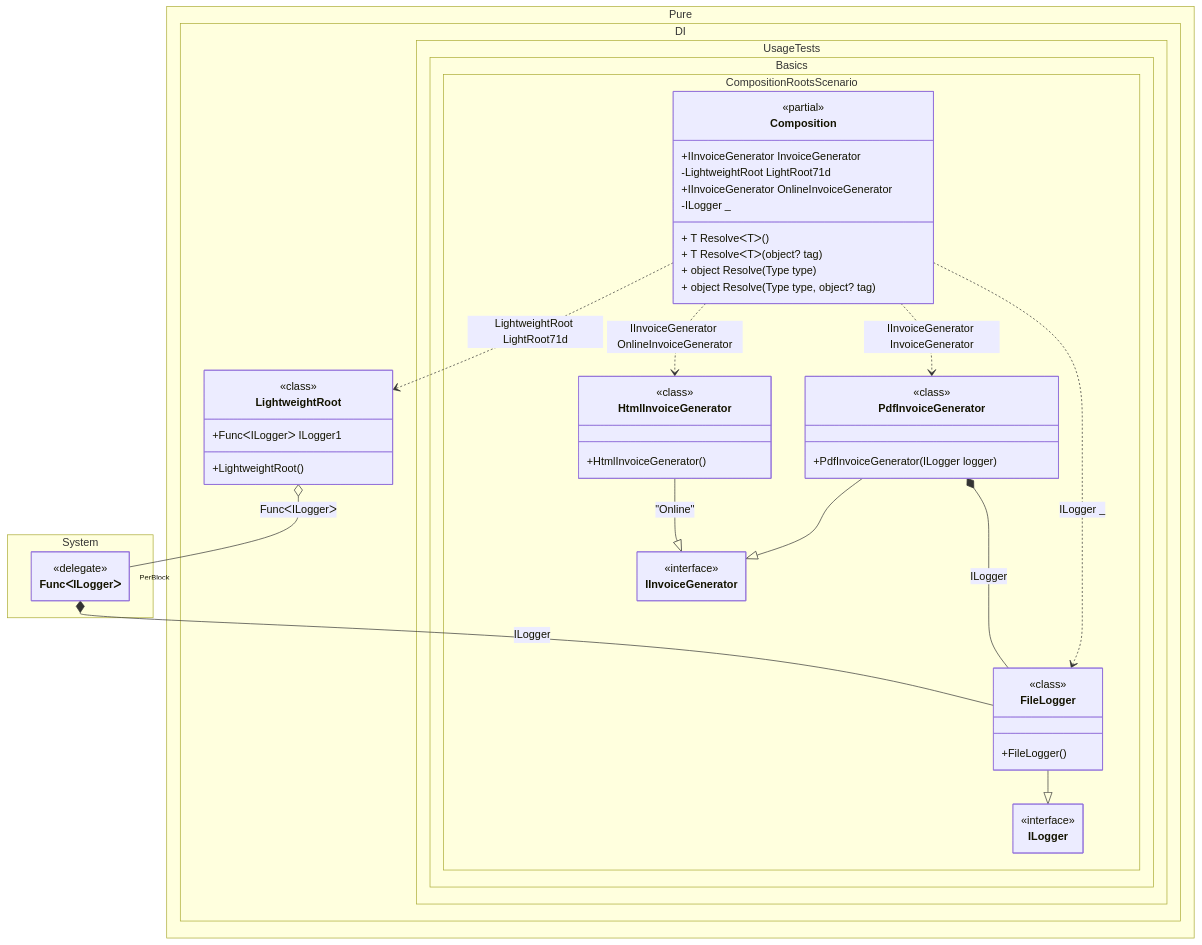
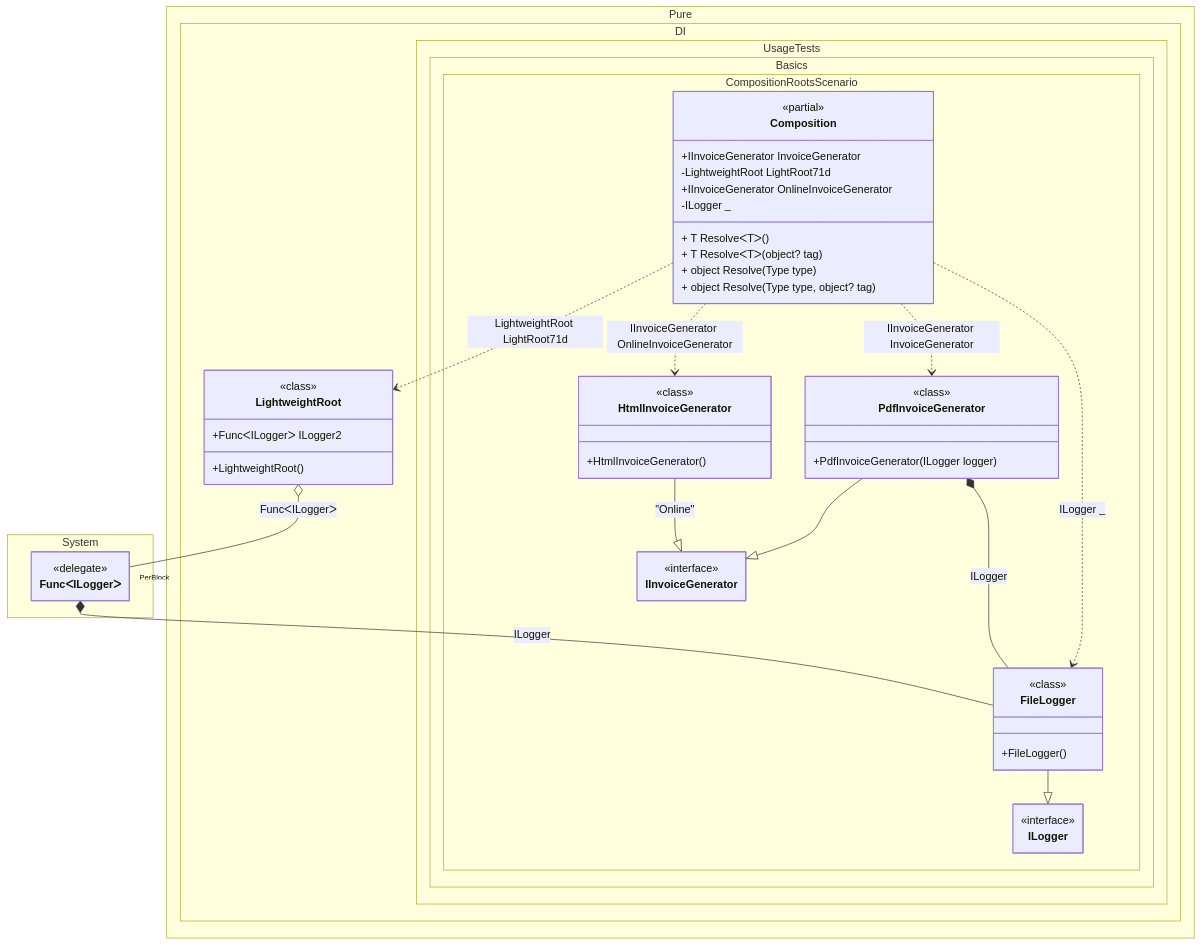
The diagram in readme/composition-roots.md (DevTeam/Pure.DI), drawn with Mermaid before and after one commit. The commit also changed other lines of this file and 86 other files, not shown here.

````diff
--- a/readme/composition-roots.md
+++ b/readme/composition-roots.md
@@ -319,63 +319,63 @@
 ```mermaid
 ---
  config:
   maxTextSize: 2147483647
   maxEdges: 2147483647
   class:
    hideEmptyMembersBox: true
 ---
 classDiagram
 	PdfInvoiceGenerator --|> IInvoiceGenerator
 	HtmlInvoiceGenerator --|> IInvoiceGenerator : "Online" 
 	FileLogger --|> ILogger
 	Composition ..> LightweightRoot : LightweightRoot LightRoot71d
 	Composition ..> HtmlInvoiceGenerator : IInvoiceGenerator OnlineInvoiceGenerator
 	Composition ..> FileLogger : ILogger _
 	Composition ..> PdfInvoiceGenerator : IInvoiceGenerator InvoiceGenerator
 	PdfInvoiceGenerator *--  FileLogger : ILogger
 	LightweightRoot o-- "PerBlock" FuncᐸILoggerᐳ : FuncᐸILoggerᐳ
 	FuncᐸILoggerᐳ *--  FileLogger : ILogger
 	namespace Pure.DI {
 		class LightweightRoot {
 				<<class>>
 			+LightweightRoot()
-			+FuncᐸILoggerᐳ ILogger1
+			+FuncᐸILoggerᐳ ILogger2
 		}
 	}
 	namespace Pure.DI.UsageTests.Basics.CompositionRootsScenario {
 		class Composition {
 		<<partial>>
 		+IInvoiceGenerator InvoiceGenerator
 		-LightweightRoot LightRoot71d
 		+IInvoiceGenerator OnlineInvoiceGenerator
 		-ILogger _
 		+ T ResolveᐸTᐳ()
 		+ T ResolveᐸTᐳ(object? tag)
 		+ object Resolve(Type type)
 		+ object Resolve(Type type, object? tag)
 		}
 		class FileLogger {
 				<<class>>
 			+FileLogger()
 		}
 		class HtmlInvoiceGenerator {
 				<<class>>
 			+HtmlInvoiceGenerator()
 		}
 		class IInvoiceGenerator {
 			<<interface>>
 		}
 		class ILogger {
 			<<interface>>
 		}
 		class PdfInvoiceGenerator {
 				<<class>>
 			+PdfInvoiceGenerator(ILogger logger)
 		}
 	}
 	namespace System {
 		class FuncᐸILoggerᐳ {
 				<<delegate>>
 		}
 	}
 ```
````
